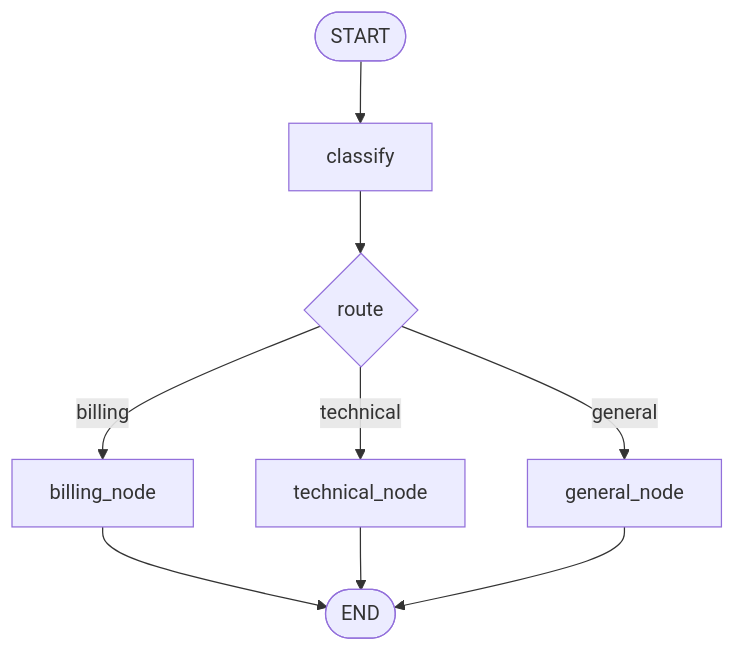
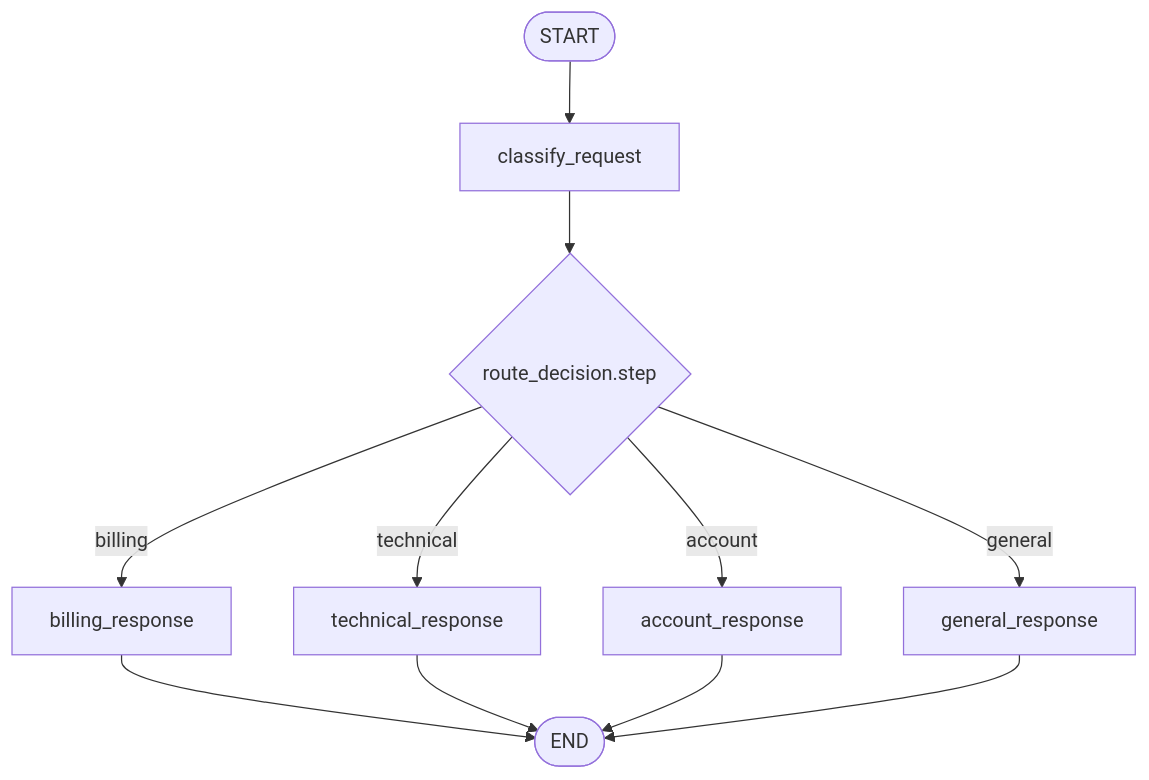
The first of 2 diagrams in docs/agent-patterns/patterns/02-conditional-routing.md (heecheon92/langgraph-playground), drawn with Mermaid before and after one commit. The commit also changed other lines of this file and 24 other files, not shown here.

````diff
--- a/docs/agent-patterns/patterns/02-conditional-routing.md
+++ b/docs/agent-patterns/patterns/02-conditional-routing.md
@@ -27,11 +27,13 @@
 ```mermaid
 flowchart TD
-    Start([START]) --> Classify[classify]
-    Classify --> Route{route}
-    Route -->|billing| Billing[billing_node]
-    Route -->|technical| Technical[technical_node]
-    Route -->|general| General[general_node]
+    Start([START]) --> Classify[classify_request]
+    Classify --> Router{route_decision.step}
+    Router -->|billing| Billing[billing_response]
+    Router -->|technical| Technical[technical_response]
+    Router -->|account| Account[account_response]
+    Router -->|general| General[general_response]
     Billing --> End([END])
     Technical --> End
+    Account --> End
     General --> End
 ```
````
